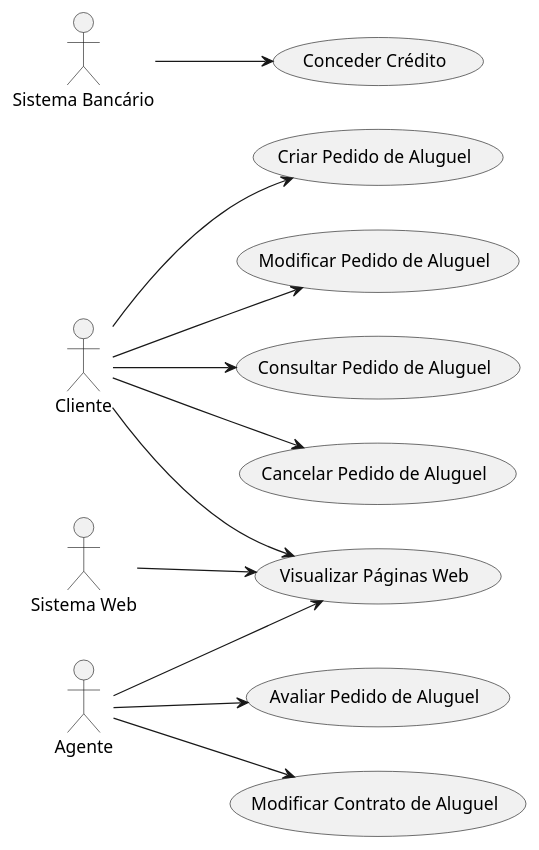
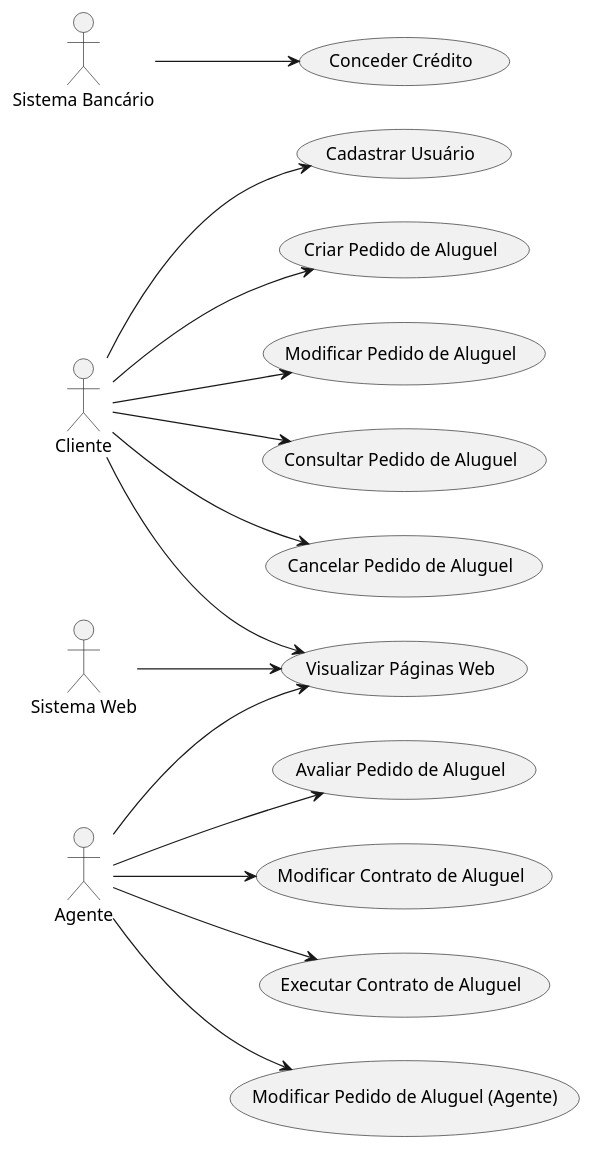
Before and after one commit to joaolezsi/LabDevSoftw-SistemaAluguel: the diagram in projeto/Diagrama de caso de uso.plantuml, drawn with PlantUML.

Commit message:
Update diagrama de caso de uso

```diff
--- a/projeto/Diagrama de caso de uso.plantuml
+++ b/projeto/Diagrama de caso de uso.plantuml
@@ -1,31 +1,37 @@
 @startuml
 left to right direction
 
 actor Cliente
 actor Agente
 actor SistemaBancario as "Sistema Bancário"
 actor SistemaWeb as "Sistema Web"
 
+usecase CadastrarUsuario as "Cadastrar Usuário"
 usecase CriarPedido as "Criar Pedido de Aluguel"
 usecase ModificarPedido as "Modificar Pedido de Aluguel"
 usecase ConsultarPedido as "Consultar Pedido de Aluguel"
 usecase CancelarPedido as "Cancelar Pedido de Aluguel"
 usecase AvaliarPedido as "Avaliar Pedido de Aluguel"
 usecase ConcederCredito as "Conceder Crédito"
 usecase ModificarContrato as "Modificar Contrato de Aluguel"
 usecase VisualizarPaginas as "Visualizar Páginas Web"
+usecase ExecutarContrato as "Executar Contrato de Aluguel"
+usecase ModificarPedidoAgente as "Modificar Pedido de Aluguel (Agente)"
 
+Cliente --> CadastrarUsuario
 Cliente --> CriarPedido
 Cliente --> ModificarPedido
 Cliente --> ConsultarPedido
 Cliente --> CancelarPedido
 Cliente --> VisualizarPaginas
 
 Agente --> AvaliarPedido
+Agente --> ModificarPedidoAgente
 Agente --> ModificarContrato
+Agente --> ExecutarContrato
 Agente --> VisualizarPaginas
 
 SistemaBancario --> ConcederCredito
 SistemaWeb --> VisualizarPaginas
 
 @enduml
```
